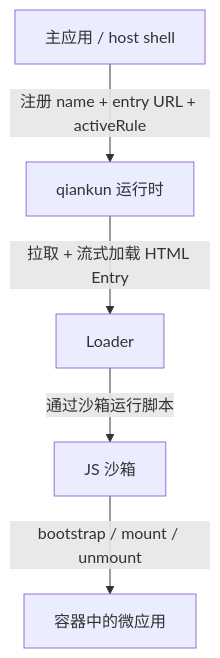
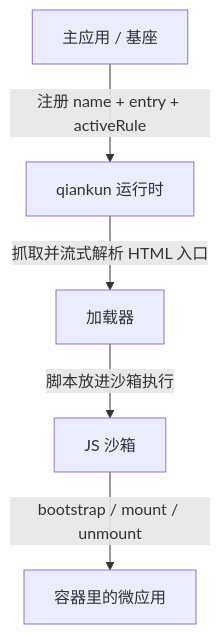
One commit to umijs/qiankun changed the diagram in docs/zh-CN/guide/what-is-qiankun.md. Above: the diagram before and after it, drawn with Mermaid. The commit also changed other lines of this file and 63 other files, not shown here.

````diff
--- a/docs/zh-CN/guide/what-is-qiankun.md
+++ b/docs/zh-CN/guide/what-is-qiankun.md
@@ -22,7 +24,7 @@
 ```mermaid
 flowchart TD
-  A[主应用 / host shell] -->|注册 name + entry URL + activeRule| Q[qiankun 运行时]
-  Q -->|拉取 + 流式加载 HTML Entry| L[Loader]
-  L -->|通过沙箱运行脚本| S[JS 沙箱]
-  S -->|bootstrap / mount / unmount| M[容器中的微应用]
+  A["主应用 / 基座"] -->|"注册 name + entry + activeRule"| Q["qiankun 运行时"]
+  Q -->|"抓取并流式解析 HTML 入口"| L["加载器"]
+  L -->|"脚本放进沙箱执行"| S["JS 沙箱"]
+  S -->|"bootstrap / mount / unmount"| M["容器里的微应用"]
 ```
````
